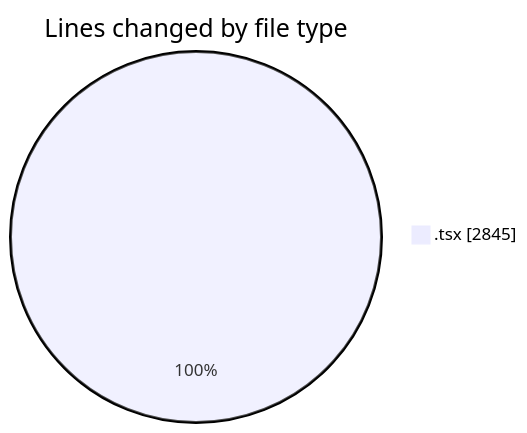
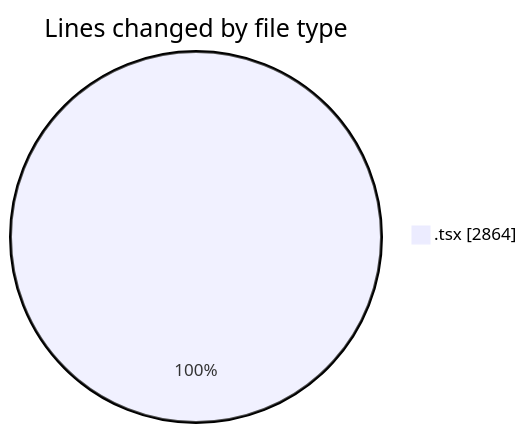
One commit to nxtqubesakshisongat/code-tracking changed the first of 2 diagrams in 2026-03-14/nxtqube_webapp/README.md. Above: the diagram before and after it, drawn with Mermaid. The commit also changed other lines of this file and 1 other file, not shown here.

````diff
--- a/2026-03-14/nxtqube_webapp/README.md
+++ b/2026-03-14/nxtqube_webapp/README.md
@@ -22,5 +22,5 @@
 ```mermaid
 pie showData
 title Lines changed by file type
-".tsx" : 2845
+".tsx" : 2864
 ```
````
